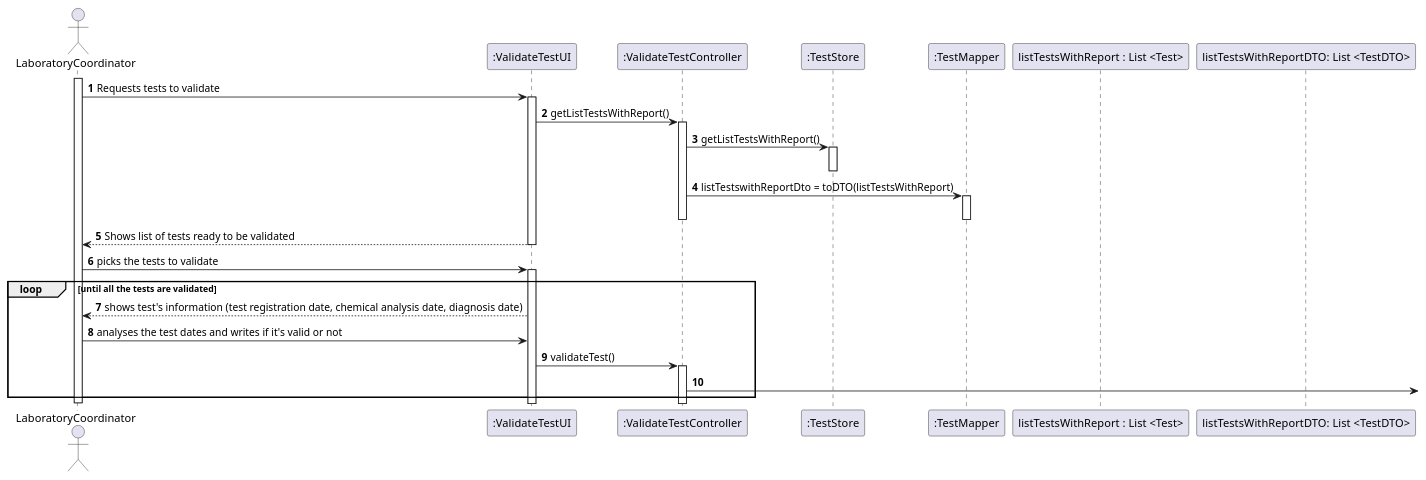
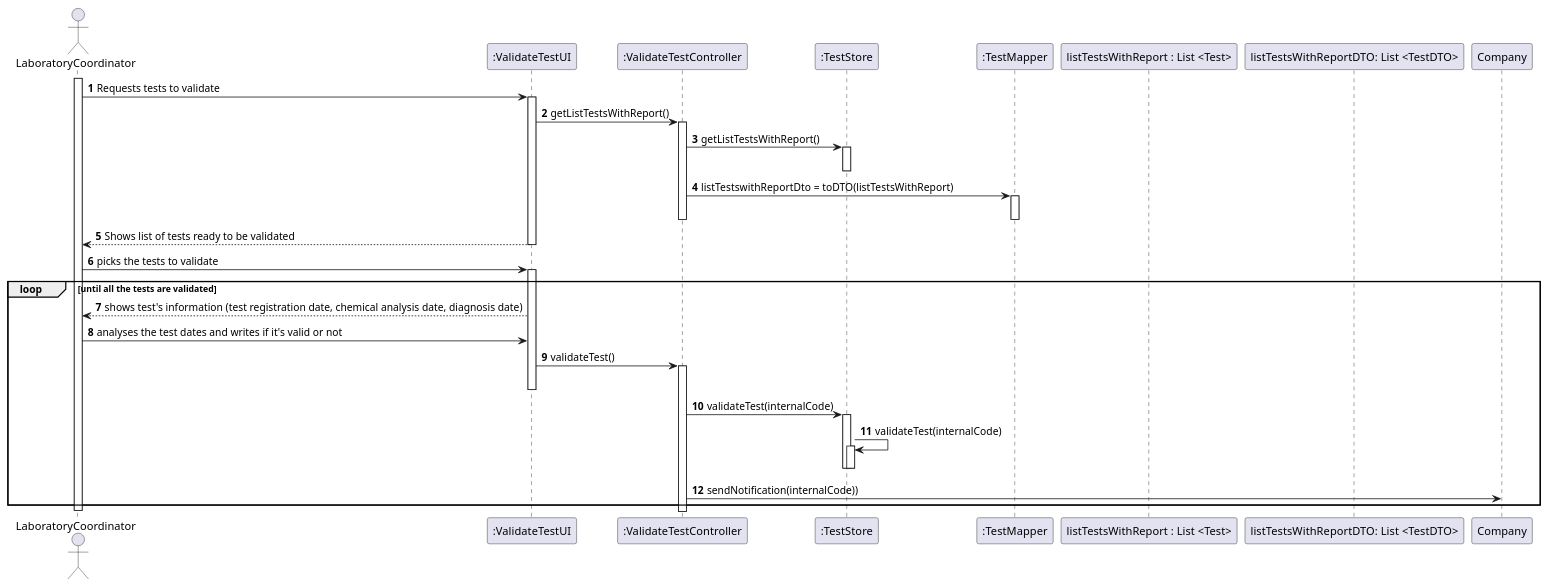
Before and after one commit to MadDinosaur/ISEP-LAPR2: the diagram in docs/SprintC/US15/US15_SD.puml, drawn with PlantUML.

Commit message:
Updated US15 SD

```diff
--- a/docs/SprintC/US15/US15_SD.puml
+++ b/docs/SprintC/US15/US15_SD.puml
@@ -1,43 +1,50 @@
 @startuml
 
 autonumber
 
 actor LaboratoryCoordinator as LABCO
 participant ":ValidateTestUI" as UI
 participant ":ValidateTestController" as CTRL
 participant ":TestStore" as STORE
 participant ":TestMapper" as MAP
 participant "listTestsWithReport : List <Test>" as testList
 participant "listTestsWithReportDTO: List <TestDTO>" as testListDTO
 
 activate LABCO
 LABCO -> UI: Requests tests to validate
 activate UI
 UI -> CTRL: getListTestsWithReport()
 activate CTRL
 CTRL -> STORE: getListTestsWithReport()
 activate STORE
 deactivate STORE
 
 CTRL -> MAP: listTestswithReportDto = toDTO(listTestsWithReport)
 activate MAP
 deactivate MAP
 
 deactivate CTRL
 UI --> LABCO: Shows list of tests ready to be validated
 deactivate UI
 LABCO -> UI: picks the tests to validate
 loop until all the tests are validated
 activate UI
 UI --> LABCO: shows test's information (test registration date, chemical analysis date, diagnosis date)
 LABCO -> UI: analyses the test dates and writes if it's valid or not
 UI -> CTRL: validateTest()
 activate CTRL
-CTRL ->
+deactivate UI
+CTRL -> STORE: validateTest(internalCode)
+activate STORE
+STORE -> STORE: validateTest(internalCode)
+activate STORE
+deactivate STORE
+deactivate STORE
+CTRL -> Company: sendNotification(internalCode))
 
 end loop
 
 deactivate LABCO
 
 
 @enduml
```
